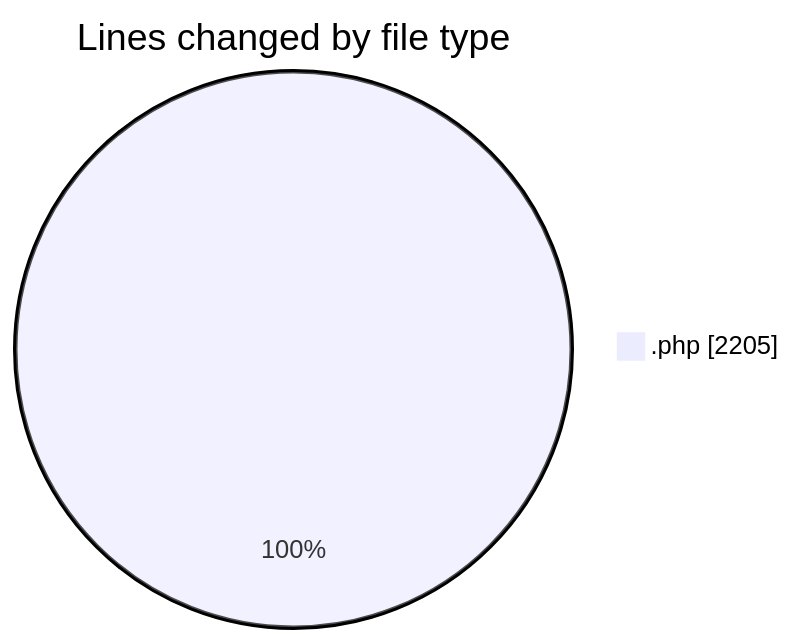
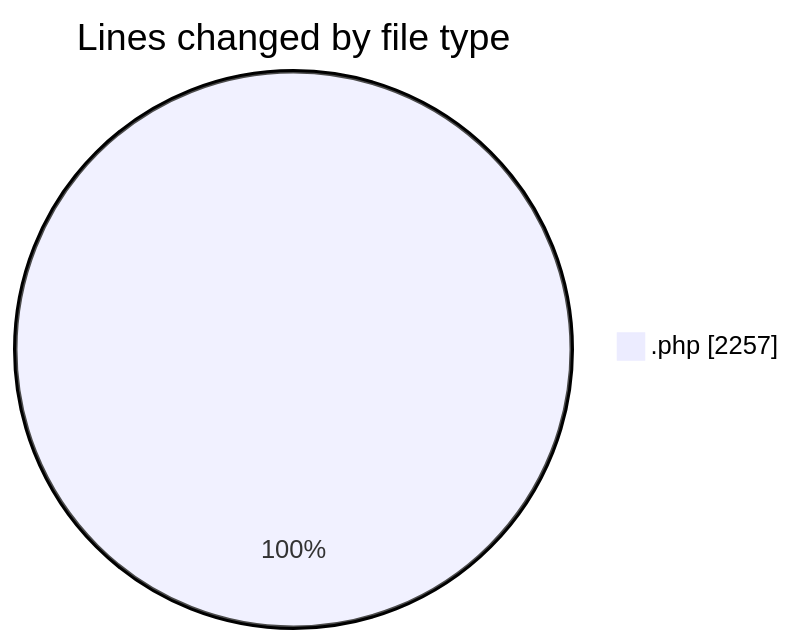
The first of 2 diagrams in 2025-04-30/web/README.md (LanceThiago/code-tracking), drawn with Mermaid before and after one commit. The commit also changed other lines of this file and 1 other file, not shown here.

````diff
--- a/2025-04-30/web/README.md
+++ b/2025-04-30/web/README.md
@@ -21,5 +21,5 @@
 ```mermaid
 pie showData
 title Lines changed by file type
-".php" : 2205
+".php" : 2257
 ```
````
